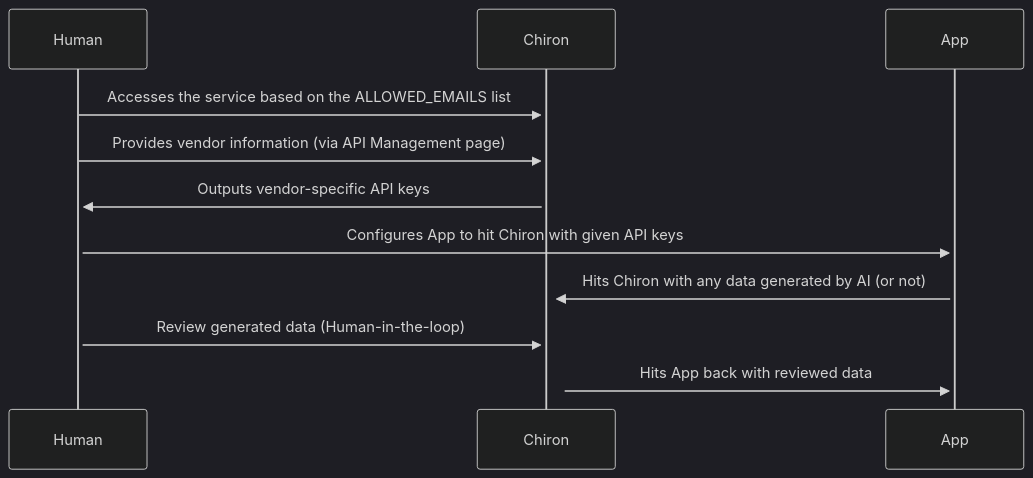
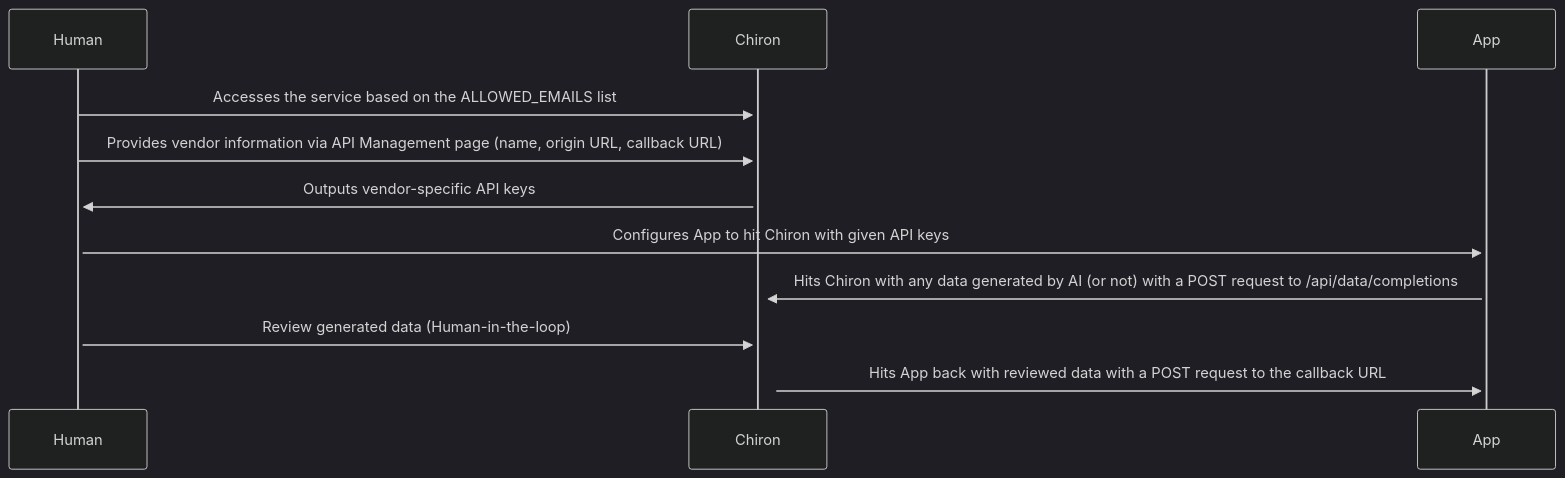
One commit to eutiveumsonho/chiron changed the diagram in README.md. Above: the diagram before and after it, drawn with Mermaid (dark theme). The commit also changed 12 other files, not shown here.

Commit message:
feat: add vendor callback url field

````diff
--- a/README.md
+++ b/README.md
@@ -11,10 +11,10 @@
 ```mermaid
 sequenceDiagram
     Human->>+Chiron: Accesses the service based on the ALLOWED_EMAILS list
-    Human->>+Chiron: Provides vendor information (via API Management page)
+    Human->>+Chiron: Provides vendor information via API Management page (name, origin URL, callback URL)
     Chiron->>+Human: Outputs vendor-specific API keys
     Human->>+App: Configures App to hit Chiron with given API keys
-    App->>+Chiron: Hits Chiron with any data generated by AI (or not)
+    App->>+Chiron: Hits Chiron with any data generated by AI (or not) with a POST request to /api/data/completions
     Human->>+Chiron: Review generated data (Human-in-the-loop)
-    Chiron->>+App: Hits App back with reviewed data
+    Chiron->>+App: Hits App back with reviewed data with a POST request to the callback URL
 ```
````
